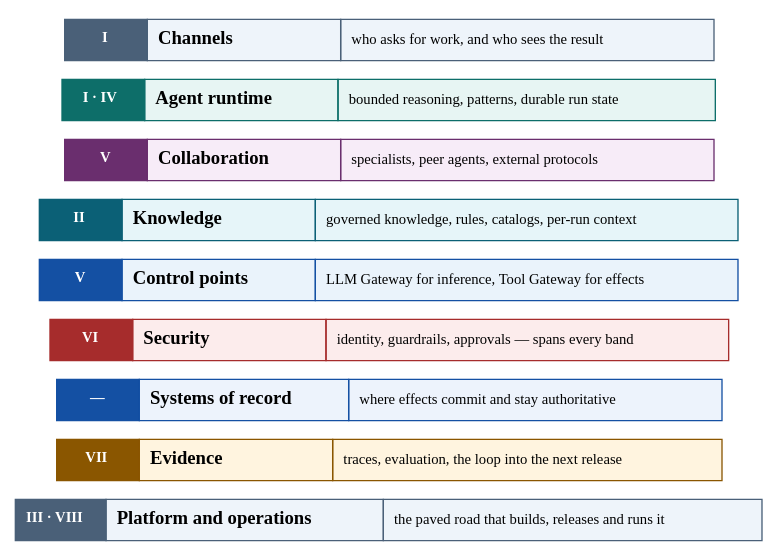
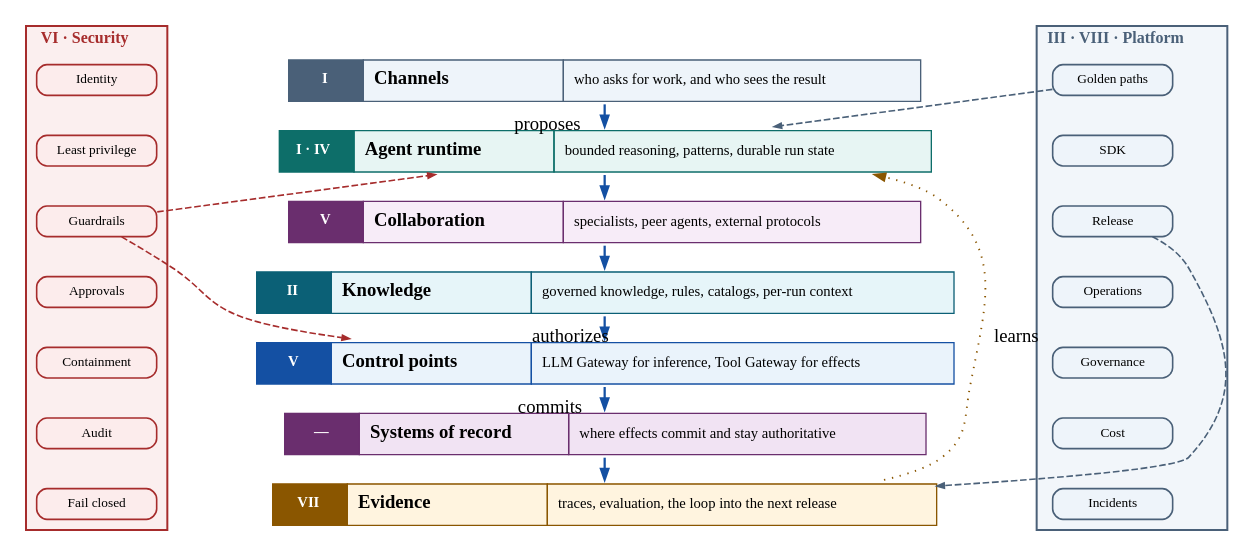
One commit to rrahimi-uci/building-enterprise-general-intelligence changed the diagram in assets/diagrams/src/system-overview.gv. Above: the diagram before and after it, drawn with Graphviz. The commit also changed 18 other files, not shown here.

First line of the commit message:
fix: redraw Figure 1-2 as the thousand-foot view it claims to be

```diff
--- a/assets/diagrams/src/system-overview.gv
+++ b/assets/diagrams/src/system-overview.gv
@@ -1,48 +1,126 @@
-// Figure 1-2 — The whole system on one page.
-// Message: this is the destination. Every later Part details one band of this
-// picture, and the Roman numerals say which. Read downward as authority narrows.
+// Figure 1-2 — The whole system at a thousand feet.
+//
+// Message: this is the destination. Each band is one Part's subject, authority
+// narrows as you read down, and the two concerns that do not sit in the stack
+// -- security, and the platform that builds and runs it -- flank it.
+//
+// This is deliberately the same visual language as Figure 4-1 (same palette,
+// same spine construct, same downward request path) at a lower resolution, so
+// that a reader arriving at Chapter 4 recognises the drill-down instead of
+// meeting a new notation. Bands here are single nodes; in Figure 4-1 they open
+// up into containers of named components. Nothing in this figure should be more
+// specific than a band name and what it owns.
+//
+// Layout note: each spine is a cluster of chained nodes, exactly as in Figure
+// 4-1. Holding a single tall node on the middle rank with `rank=same` looks
+// like it should work and does not: the tall node inflates that one rank, which
+// tears a gap through the middle of the stack.
 digraph system_overview {
   rankdir = TB
-  graph [ranksep=0.13]
+  graph [ranksep=0.24, nodesep=0.34]
   node [shape=plaintext, style="", margin=0]
-  edge [style=invis]
 
+  subgraph cluster_sec {
+    label = <<B>VI &#183; Security</B>>
+    fontsize = 12; fontcolor = "#A62C2C"
+    style = filled; fillcolor = "#FBEFEF"; color = "#A62C2C"; penwidth = 1.5
+    margin = 8
+    node [shape=box, style="filled,rounded", penwidth=1.2, fontsize=10,
+          fillcolor="#FCECEC", color="#A62C2C", width=1.25, height=0.32,
+          margin="0.10,0.06"]
+    c0 [label="Identity"]
+    cx [label="Least privilege"]
+    c1 [label="Guardrails"]
+    c2 [label="Approvals"]
+    c3 [label="Containment"]
+    c4 [label="Audit"]
+    c5 [label="Fail closed"]
+    c0 -> cx -> c1 -> c2 -> c3 -> c4 -> c5 [style=invis]
+  }
+
+  // ------------------------------------------------------------- the bands --
+  // badge (Part) | name | what it owns
   ch [label=<<TABLE BORDER="0" CELLBORDER="1" CELLSPACING="0" CELLPADDING="7" COLOR="#4A6078" BGCOLOR="#EEF4FA">
-    <TR><TD WIDTH="62" BGCOLOR="#4A6078" ALIGN="CENTER"><FONT COLOR="white" POINT-SIZE="11"><B>I</B></FONT></TD>
-        <TD WIDTH="145" ALIGN="LEFT"><B>Channels</B></TD>
-        <TD WIDTH="280" ALIGN="LEFT"><FONT POINT-SIZE="11">who asks for work, and who sees the result</FONT></TD></TR></TABLE>>]
+    <TR><TD WIDTH="56" BGCOLOR="#4A6078" ALIGN="CENTER"><FONT COLOR="white" POINT-SIZE="11"><B>I</B></FONT></TD>
+        <TD WIDTH="150" ALIGN="LEFT"><B>Channels</B></TD>
+        <TD WIDTH="268" ALIGN="LEFT"><FONT POINT-SIZE="11">who asks for work, and who sees the result</FONT></TD></TR></TABLE>>]
+
   rt [label=<<TABLE BORDER="0" CELLBORDER="1" CELLSPACING="0" CELLPADDING="7" COLOR="#0D6E69" BGCOLOR="#E7F5F3">
-    <TR><TD WIDTH="62" BGCOLOR="#0D6E69" ALIGN="CENTER"><FONT COLOR="white" POINT-SIZE="11"><B>I · IV</B></FONT></TD>
-        <TD WIDTH="145" ALIGN="LEFT"><B>Agent runtime</B></TD>
-        <TD WIDTH="280" ALIGN="LEFT"><FONT POINT-SIZE="11">bounded reasoning, patterns, durable run state</FONT></TD></TR></TABLE>>]
+    <TR><TD WIDTH="56" BGCOLOR="#0D6E69" ALIGN="CENTER"><FONT COLOR="white" POINT-SIZE="11"><B>I · IV</B></FONT></TD>
+        <TD WIDTH="150" ALIGN="LEFT"><B>Agent runtime</B></TD>
+        <TD WIDTH="268" ALIGN="LEFT"><FONT POINT-SIZE="11">bounded reasoning, patterns, durable run state</FONT></TD></TR></TABLE>>]
+
   ma [label=<<TABLE BORDER="0" CELLBORDER="1" CELLSPACING="0" CELLPADDING="7" COLOR="#6A2E6E" BGCOLOR="#F7ECF8">
-    <TR><TD WIDTH="62" BGCOLOR="#6A2E6E" ALIGN="CENTER"><FONT COLOR="white" POINT-SIZE="11"><B>V</B></FONT></TD>
-        <TD WIDTH="145" ALIGN="LEFT"><B>Collaboration</B></TD>
-        <TD WIDTH="280" ALIGN="LEFT"><FONT POINT-SIZE="11">specialists, peer agents, external protocols</FONT></TD></TR></TABLE>>]
+    <TR><TD WIDTH="56" BGCOLOR="#6A2E6E" ALIGN="CENTER"><FONT COLOR="white" POINT-SIZE="11"><B>V</B></FONT></TD>
+        <TD WIDTH="150" ALIGN="LEFT"><B>Collaboration</B></TD>
+        <TD WIDTH="268" ALIGN="LEFT"><FONT POINT-SIZE="11">specialists, peer agents, external protocols</FONT></TD></TR></TABLE>>]
+
   kn [label=<<TABLE BORDER="0" CELLBORDER="1" CELLSPACING="0" CELLPADDING="7" COLOR="#0B6076" BGCOLOR="#E6F5F9">
-    <TR><TD WIDTH="62" BGCOLOR="#0B6076" ALIGN="CENTER"><FONT COLOR="white" POINT-SIZE="11"><B>II</B></FONT></TD>
-        <TD WIDTH="145" ALIGN="LEFT"><B>Knowledge</B></TD>
-        <TD WIDTH="280" ALIGN="LEFT"><FONT POINT-SIZE="11">governed knowledge, rules, catalogs, per-run context</FONT></TD></TR></TABLE>>]
+    <TR><TD WIDTH="56" BGCOLOR="#0B6076" ALIGN="CENTER"><FONT COLOR="white" POINT-SIZE="11"><B>II</B></FONT></TD>
+        <TD WIDTH="150" ALIGN="LEFT"><B>Knowledge</B></TD>
+        <TD WIDTH="268" ALIGN="LEFT"><FONT POINT-SIZE="11">governed knowledge, rules, catalogs, per-run context</FONT></TD></TR></TABLE>>]
+
   gw [label=<<TABLE BORDER="0" CELLBORDER="1" CELLSPACING="0" CELLPADDING="7" COLOR="#1450A3" BGCOLOR="#EAF3FB">
-    <TR><TD WIDTH="62" BGCOLOR="#1450A3" ALIGN="CENTER"><FONT COLOR="white" POINT-SIZE="11"><B>V</B></FONT></TD>
-        <TD WIDTH="145" ALIGN="LEFT"><B>Control points</B></TD>
-        <TD WIDTH="280" ALIGN="LEFT"><FONT POINT-SIZE="11">LLM Gateway for inference, Tool Gateway for effects</FONT></TD></TR></TABLE>>]
-  sec [label=<<TABLE BORDER="0" CELLBORDER="1" CELLSPACING="0" CELLPADDING="7" COLOR="#A62C2C" BGCOLOR="#FCECEC">
-    <TR><TD WIDTH="62" BGCOLOR="#A62C2C" ALIGN="CENTER"><FONT COLOR="white" POINT-SIZE="11"><B>VI</B></FONT></TD>
-        <TD WIDTH="145" ALIGN="LEFT"><B>Security</B></TD>
-        <TD WIDTH="280" ALIGN="LEFT"><FONT POINT-SIZE="11">identity, guardrails, approvals — spans every band</FONT></TD></TR></TABLE>>]
-  sor [label=<<TABLE BORDER="0" CELLBORDER="1" CELLSPACING="0" CELLPADDING="7" COLOR="#1450A3" BGCOLOR="#EDF3FC">
-    <TR><TD WIDTH="62" BGCOLOR="#1450A3" ALIGN="CENTER"><FONT COLOR="white" POINT-SIZE="11"><B>—</B></FONT></TD>
-        <TD WIDTH="145" ALIGN="LEFT"><B>Systems of record</B></TD>
-        <TD WIDTH="280" ALIGN="LEFT"><FONT POINT-SIZE="11">where effects commit and stay authoritative</FONT></TD></TR></TABLE>>]
+    <TR><TD WIDTH="56" BGCOLOR="#1450A3" ALIGN="CENTER"><FONT COLOR="white" POINT-SIZE="11"><B>V</B></FONT></TD>
+        <TD WIDTH="150" ALIGN="LEFT"><B>Control points</B></TD>
+        <TD WIDTH="268" ALIGN="LEFT"><FONT POINT-SIZE="11">LLM Gateway for inference, Tool Gateway for effects</FONT></TD></TR></TABLE>>]
+
+  sor [label=<<TABLE BORDER="0" CELLBORDER="1" CELLSPACING="0" CELLPADDING="7" COLOR="#6A2E6E" BGCOLOR="#F1E3F3">
+    <TR><TD WIDTH="56" BGCOLOR="#6A2E6E" ALIGN="CENTER"><FONT COLOR="white" POINT-SIZE="11"><B>—</B></FONT></TD>
+        <TD WIDTH="150" ALIGN="LEFT"><B>Systems of record</B></TD>
+        <TD WIDTH="268" ALIGN="LEFT"><FONT POINT-SIZE="11">where effects commit and stay authoritative</FONT></TD></TR></TABLE>>]
+
   obs [label=<<TABLE BORDER="0" CELLBORDER="1" CELLSPACING="0" CELLPADDING="7" COLOR="#8A5600" BGCOLOR="#FFF4DF">
-    <TR><TD WIDTH="62" BGCOLOR="#8A5600" ALIGN="CENTER"><FONT COLOR="white" POINT-SIZE="11"><B>VII</B></FONT></TD>
-        <TD WIDTH="145" ALIGN="LEFT"><B>Evidence</B></TD>
-        <TD WIDTH="280" ALIGN="LEFT"><FONT POINT-SIZE="11">traces, evaluation, the loop into the next release</FONT></TD></TR></TABLE>>]
-  ops [label=<<TABLE BORDER="0" CELLBORDER="1" CELLSPACING="0" CELLPADDING="7" COLOR="#4A6078" BGCOLOR="#EEF4FA">
-    <TR><TD WIDTH="62" BGCOLOR="#4A6078" ALIGN="CENTER"><FONT COLOR="white" POINT-SIZE="11"><B>III · VIII</B></FONT></TD>
-        <TD WIDTH="145" ALIGN="LEFT"><B>Platform and operations</B></TD>
-        <TD WIDTH="280" ALIGN="LEFT"><FONT POINT-SIZE="11">the paved road that builds, releases and runs it</FONT></TD></TR></TABLE>>]
+    <TR><TD WIDTH="56" BGCOLOR="#8A5600" ALIGN="CENTER"><FONT COLOR="white" POINT-SIZE="11"><B>VII</B></FONT></TD>
+        <TD WIDTH="150" ALIGN="LEFT"><B>Evidence</B></TD>
+        <TD WIDTH="268" ALIGN="LEFT"><FONT POINT-SIZE="11">traces, evaluation, the loop into the next release</FONT></TD></TR></TABLE>>]
 
-  ch -> rt -> ma -> kn -> gw -> sec -> sor -> obs -> ops
+  // ----------------------------------------------------------- the spines --
+  // Tall, because the prose says security spans every band. Drawing it as a
+  // band -- which this figure used to do -- contradicts the sentence printed
+  // directly beneath it.
+  subgraph cluster_ops {
+    label = <<B>III &#183; VIII &#183; Platform</B>>
+    fontsize = 12; fontcolor = "#4A6078"
+    style = filled; fillcolor = "#F2F6FA"; color = "#4A6078"; penwidth = 1.5
+    margin = 8
+    node [shape=box, style="filled,rounded", penwidth=1.2, fontsize=10,
+          fillcolor="#EEF4FA", color="#4A6078", width=1.25, height=0.32,
+          margin="0.10,0.06"]
+    p0 [label="Golden paths"]
+    p1 [label="SDK"]
+    p2 [label="Release"]
+    p3 [label="Operations"]
+    p4 [label="Governance"]
+    p5 [label="Cost"]
+    px [label="Incidents"]
+    p0 -> p1 -> p2 -> p3 -> p4 -> p5 -> px [style=invis]
+  }
+
+  // -------------------------------------------------------- authority axis --
+  // The descent is the argument: the agent proposes at the top, the platform
+  // authorizes in the middle, and only the bottom bands commit.
+  edge [color="#1450A3", penwidth=1.7, arrowsize=0.8]
+  ch -> rt [xlabel=" proposes  "]
+  rt -> ma
+  ma -> kn
+  kn -> gw [xlabel=" authorizes  "]
+  gw -> sor [xlabel=" commits  "]
+  sor -> obs
+
+  // Evidence closes the loop back to the runtime, which is why it is a band and
+  // not an endpoint.
+  edge [style=dotted, color="#8A5600", penwidth=1.4, constraint=false,
+        xlabel="  learns"]
+  obs -> rt
+
+  // Security and platform touch every band; two short unconstrained edges each
+  // say so without drawing fourteen lines over the stack.
+  edge [style=dashed, color="#A62C2C", penwidth=1.2, arrowsize=0.55, xlabel=""]
+  c1 -> rt
+  c1 -> gw
+
+  edge [style=dashed, color="#4A6078", penwidth=1.2]
+  p0 -> rt
+  p2 -> obs
 }
```
